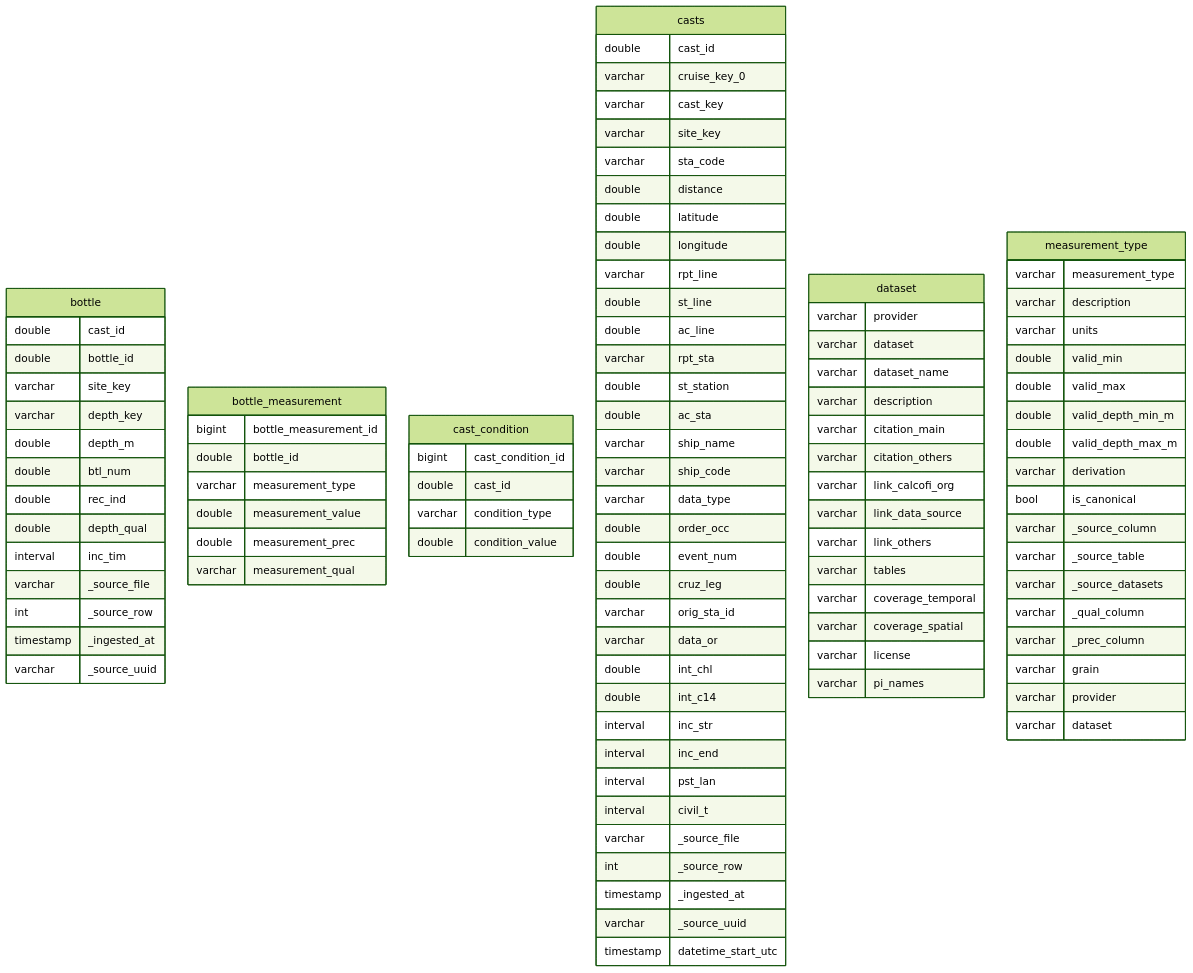
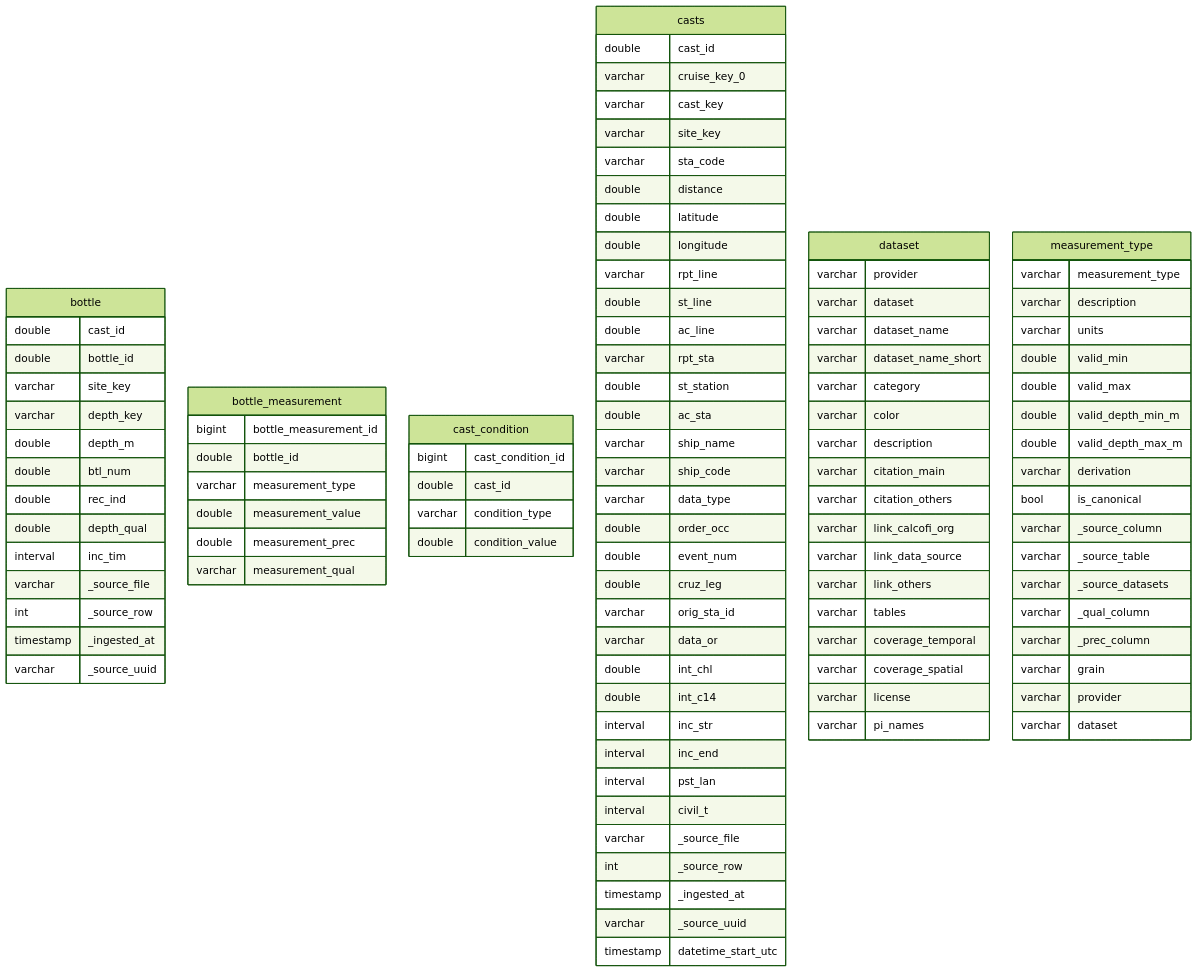
One commit to CalCOFI/workflows changed the diagram in _output/ingest_calcofi_bottle_files/figure-html/erd_tbls-1.mmd. Above: the diagram before and after it, drawn with Mermaid (forest theme). The commit also changed 25 other files, not shown here.

```diff
--- a/_output/ingest_calcofi_bottle_files/figure-html/erd_tbls-1.mmd
+++ b/_output/ingest_calcofi_bottle_files/figure-html/erd_tbls-1.mmd
@@ -1,104 +1,107 @@
 ---
 config:
   layout: elk
 ---
 erDiagram
     bottle {
         double cast_id
         double bottle_id
         varchar site_key
         varchar depth_key
         double depth_m
         double btl_num
         double rec_ind
         double depth_qual
         interval inc_tim
         varchar _source_file
         int _source_row
         timestamp _ingested_at
         varchar _source_uuid
     }
     bottle_measurement {
         bigint bottle_measurement_id
         double bottle_id
         varchar measurement_type
         double measurement_value
         double measurement_prec
         varchar measurement_qual
     }
     cast_condition {
         bigint cast_condition_id
         double cast_id
         varchar condition_type
         double condition_value
     }
     casts {
         double cast_id
         varchar cruise_key_0
         varchar cast_key
         varchar site_key
         varchar sta_code
         double distance
         double latitude
         double longitude
         varchar rpt_line
         double st_line
         double ac_line
         varchar rpt_sta
         double st_station
         double ac_sta
         varchar ship_name
         varchar ship_code
         varchar data_type
         double order_occ
         double event_num
         double cruz_leg
         varchar orig_sta_id
         varchar data_or
         double int_chl
         double int_c14
         interval inc_str
         interval inc_end
         interval pst_lan
         interval civil_t
         varchar _source_file
         int _source_row
         timestamp _ingested_at
         varchar _source_uuid
         timestamp datetime_start_utc
     }
     dataset {
         varchar provider
         varchar dataset
         varchar dataset_name
+        varchar dataset_name_short
+        varchar category
+        varchar color
         varchar description
         varchar citation_main
         varchar citation_others
         varchar link_calcofi_org
         varchar link_data_source
         varchar link_others
         varchar tables
         varchar coverage_temporal
         varchar coverage_spatial
         varchar license
         varchar pi_names
     }
     measurement_type {
         varchar measurement_type
         varchar description
         varchar units
         double valid_min
         double valid_max
         double valid_depth_min_m
         double valid_depth_max_m
         varchar derivation
         bool is_canonical
         varchar _source_column
         varchar _source_table
         varchar _source_datasets
         varchar _qual_column
         varchar _prec_column
         varchar grain
         varchar provider
         varchar dataset
     }
```
